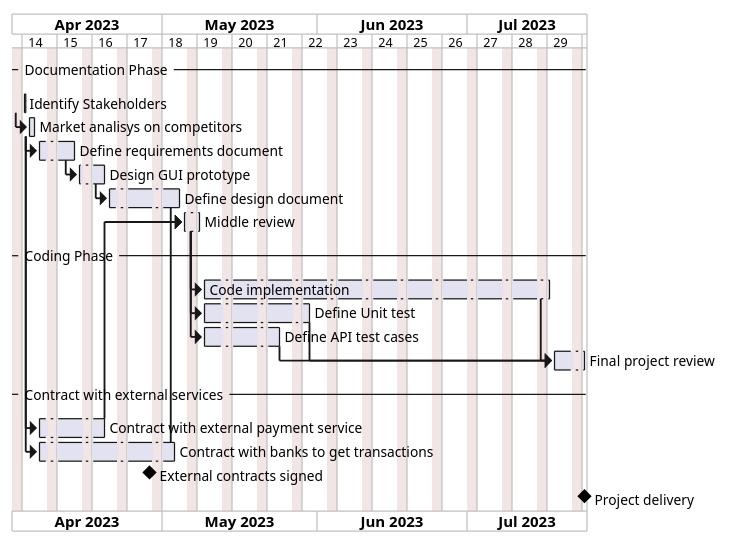
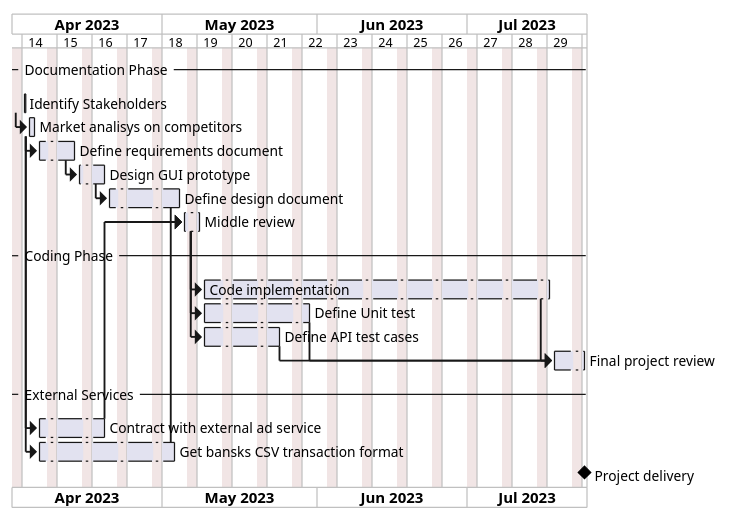
The diagram in EstimationV2.md (lara-m2000/ezwallet), drawn with PlantUML before and after one commit. The commit also changed other lines of this file, not shown here.

````diff
--- a/EstimationV2.md
+++ b/EstimationV2.md
@@ -61,62 +61,54 @@
 ```plantuml
 @startgantt
 Project starts 1st of April 2023
 printscale weekly
 saturday are closed
 sunday are closed
 
 -- Documentation Phase --
 
 [Identify Stakeholders] as [stake] lasts 1 day
 [Market analisys on competitors] as [market] lasts 2 day
 [Define requirements document] as [req] lasts 6 day
 [Design GUI prototype] as [gui] lasts 4 day
 [Define design document] as [design] lasts 11 day
 [Middle review] as [mrev] lasts 2 day
 
 -- Coding Phase --
 
 [Code implementation] as [code] lasts 50 day
 [Define Unit test] as [unit] lasts 16 day
 [Define API test cases] as [api] lasts 12 day
 [Final project review] as [rev] lasts 5 day
 
 
 [stake] -> [market]
 [market] -> [req]
 [req] -> [gui]
 [gui] -> [design]
 [design] -> [mrev]
 
 [mrev] -> [code]
 [mrev] -> [unit]
 [mrev] -> [api]
 
 [code] -> [rev]
 [unit] -> [rev]
 [api] -> [rev]
 
 
+-- External Services --
 
--- Contract with external services --
+[Contract with external ad service] as [adc] lasts 10 day
+[Get bansks CSV transaction format] as [csv] lasts 20 day
 
-[Contract with external payment service] as [bankc] lasts 10 day
-[Contract with banks to get transactions] as [paymentc] lasts 20 day
+[market] -> [adc]
+[market] -> [csv]
 
-[External contracts signed] happens at [bankc]'s end
-[External contracts signed] happens at [paymentc]'s end
-
-
-[market] -> [bankc]
-[market] -> [paymentc]
-
-[bankc] -> [mrev]
-[paymentc] -> [mrev]
+[adc] -> [mrev]
+[csv] -> [mrev]
 
 [Project delivery] happens at [rev]'s end
-[Project delivery] happens at [bankc]'s end
-[Project delivery] happens at [paymentc]'s end
-
 
 @endgantt
 ```
````
